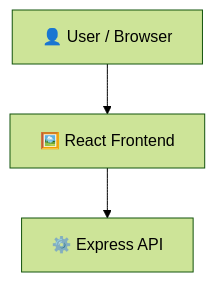
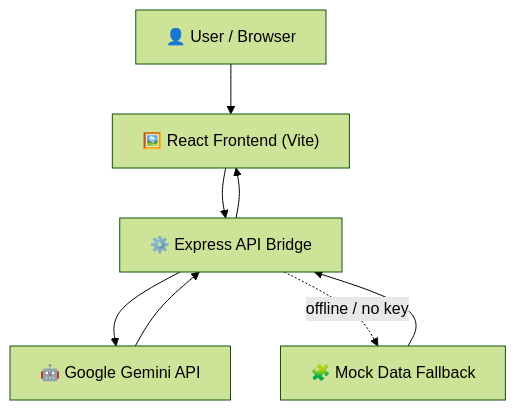
The diagram in README.md (ryzenNS/AURA-OS), drawn with Mermaid (forest theme) before and after one commit. The commit also changed other lines of this file, not shown here.

````diff
--- a/README.md
+++ b/README.md
@@ -51,8 +60,16 @@
 ```mermaid
 flowchart TD
     User["👤 User / Browser"]
-    FE["🖼️ React Frontend"]
+    FE["🖼️ React Frontend (Vite)"]
+    API["⚙️ Express API Bridge"]
+    Mock["🧩 Mock Data Fallback"]
+    Gemini["🤖 Google Gemini API"]
+
     User --> FE
-    API["⚙️ Express API"]
     FE --> API
+    API --> Gemini
+    API -. offline / no key .-> Mock
+    Gemini --> API
+    Mock --> API
+    API --> FE
 ```
````
